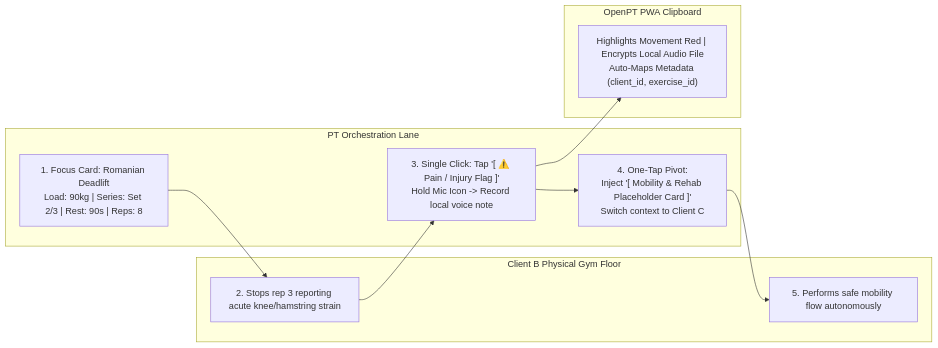
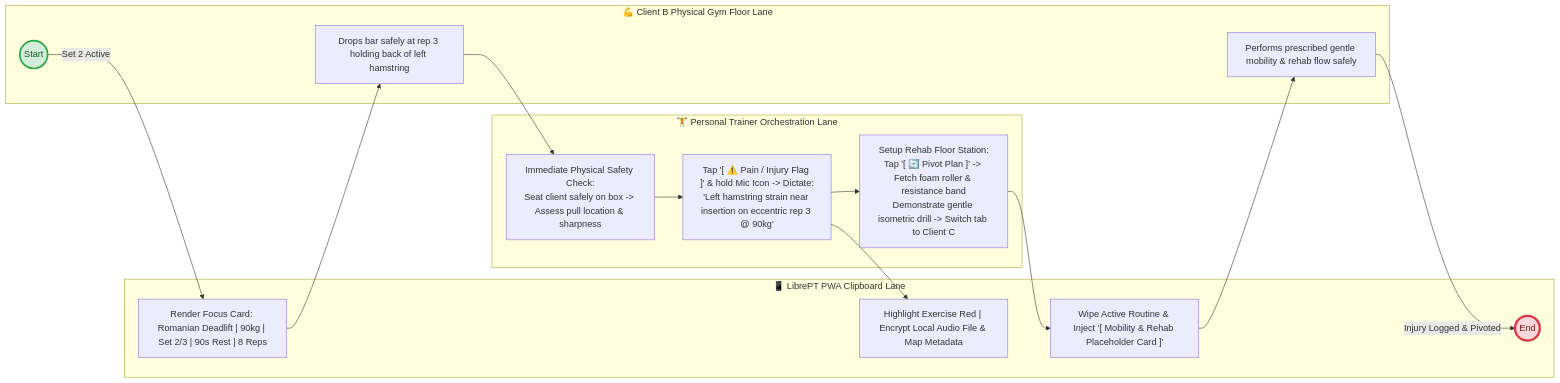
One commit to stutek/LibrePT changed the fourth of 4 diagrams in use_cases/uc1_gym_floor_clipboard.md. Above: the diagram before and after it, drawn with Mermaid. The commit also changed other lines of this file and 14 other files, not shown here.

````diff
--- a/use_cases/uc1_gym_floor_clipboard.md
+++ b/use_cases/uc1_gym_floor_clipboard.md
@@ -112,23 +144,34 @@
 ```mermaid
 graph LR
-    subgraph TrainerLane["PT Orchestration Lane"]
-        T41["1. Focus Card: Romanian Deadlift<br/>Load: 90kg | Series: Set 2/3 | Rest: 90s | Reps: 8"]
-        T42["3. Single Click: Tap '[ ⚠️ Pain / Injury Flag ]'<br/>Hold Mic Icon -> Record local voice note"]
-        T43["4. One-Tap Pivot:<br/>Inject '[ Mobility & Rehab Placeholder Card ]'<br/>Switch context to Client C"]
+    subgraph PWALane ["📱 LibrePT PWA Clipboard Lane"]
+        PWA41["Render Focus Card: Romanian Deadlift | 90kg | Set 2/3 | 90s Rest | 8 Reps"]
+        PWA42["Highlight Exercise Red | Encrypt Local Audio File & Map Metadata"]
+        PWA43["Wipe Active Routine & Inject '[ Mobility & Rehab Placeholder Card ]'"]
+        End4(("End"))
     end
 
-    subgraph ClientBLane["Client B Physical Gym Floor"]
-        CB41["2. Stops rep 3 reporting acute knee/hamstring strain"]
-        CB42["5. Performs safe mobility flow autonomously"]
+    subgraph TrainerLane ["🏋️ Personal Trainer Orchestration Lane"]
+        T41["Immediate Physical Safety Check:<br/>Seat client safely on box -> Assess pull location & sharpness"]
+        T42["Tap '[ ⚠️ Pain / Injury Flag ]' & hold Mic Icon -> Dictate:<br/>'Left hamstring strain near insertion on eccentric rep 3 @ 90kg'"]
+        T43["Setup Rehab Floor Station:<br/>Tap '[ 🔄 Pivot Plan ]' -> Fetch foam roller & resistance band<br/>Demonstrate gentle isometric drill -> Switch tab to Client C"]
     end
 
-    subgraph PWALane["OpenPT PWA Clipboard"]
-        P41["Highlights Movement Red | Encrypts Local Audio File<br/>Auto-Maps Metadata (client_id, exercise_id)"]
+    subgraph ClientLane ["💪 Client B Physical Gym Floor Lane"]
+        Start4(("Start"))
+        CB41["Drops bar safely at rep 3 holding back of left hamstring"]
+        CB42["Performs prescribed gentle mobility & rehab flow safely"]
     end
 
-    T41 --> CB41
-    CB41 --> T42
-    T42 --> P41
+    Start4 -- "Set 2 Active" --> PWA41
+    PWA41 --> CB41
+    CB41 --> T41
+    T41 --> T42
+    T42 --> PWA42
     T42 --> T43
-    T43 --> CB42
+    T43 --> PWA43
+    PWA43 --> CB42
+    CB42 -- "Injury Logged & Pivoted" --> End4
+
+    style Start4 fill:#d4edda,stroke:#28a745,stroke-width:3px,color:#155724
+    style End4 fill:#f8d7da,stroke:#dc3545,stroke-width:4px,color:#721c24
 ```
````
